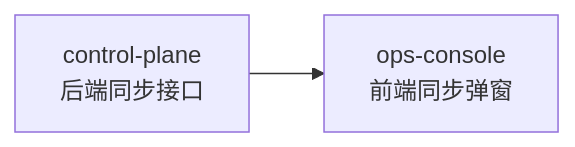
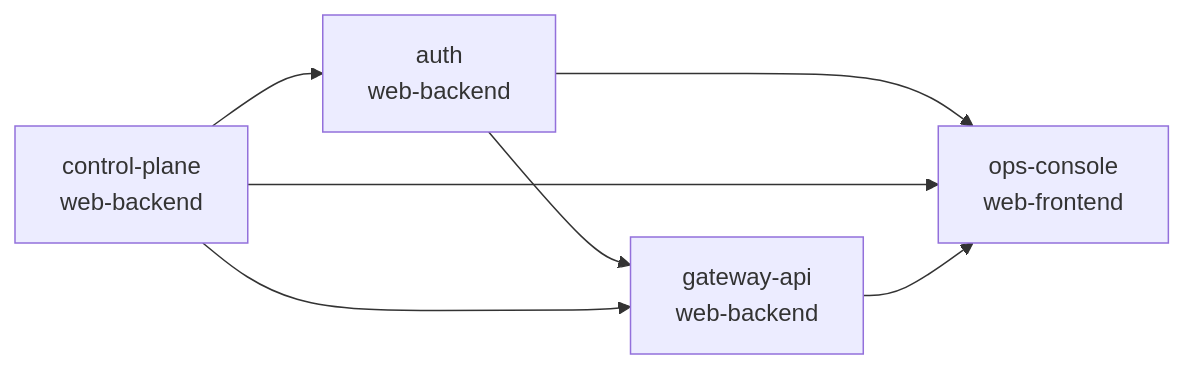
Before and after one commit to achieve-jsy/llm-gateway: the diagram in xspec/changes/integration.md, drawn with Mermaid. The commit also changed other lines of this file and 231 other files, not shown here.

First line of the commit message:
feat(auth): 实现 SSO 登录和 API Key 管理功能

````diff
--- a/xspec/changes/integration.md
+++ b/xspec/changes/integration.md
@@ -26,4 +29,9 @@
 ```mermaid
 flowchart LR
-    CP["control-plane<br/>后端同步接口"] --> OPS["ops-console<br/>前端同步弹窗"]
+    A["auth<br/>web-backend"] --> C["gateway-api<br/>web-backend"]
+    B["control-plane<br/>web-backend"] --> A
+    B --> C
+    A --> D["ops-console<br/>web-frontend"]
+    B --> D
+    C --> D
 ```
````
